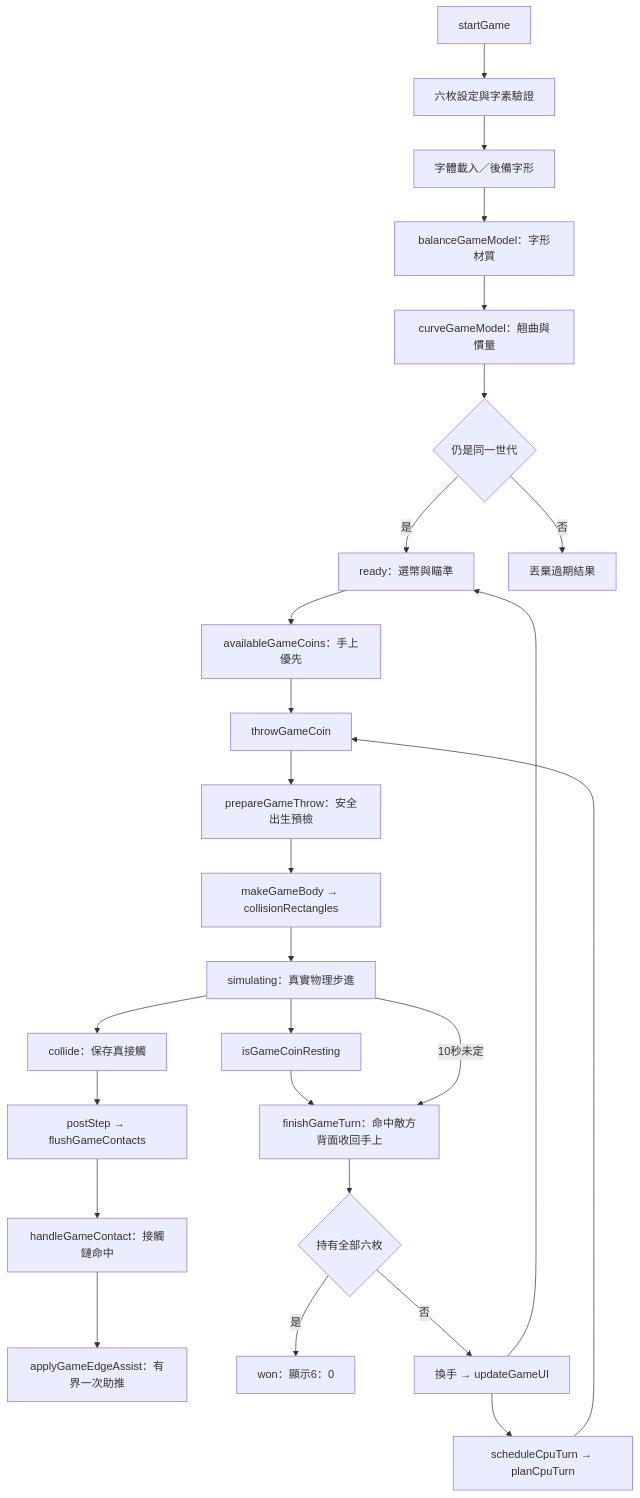
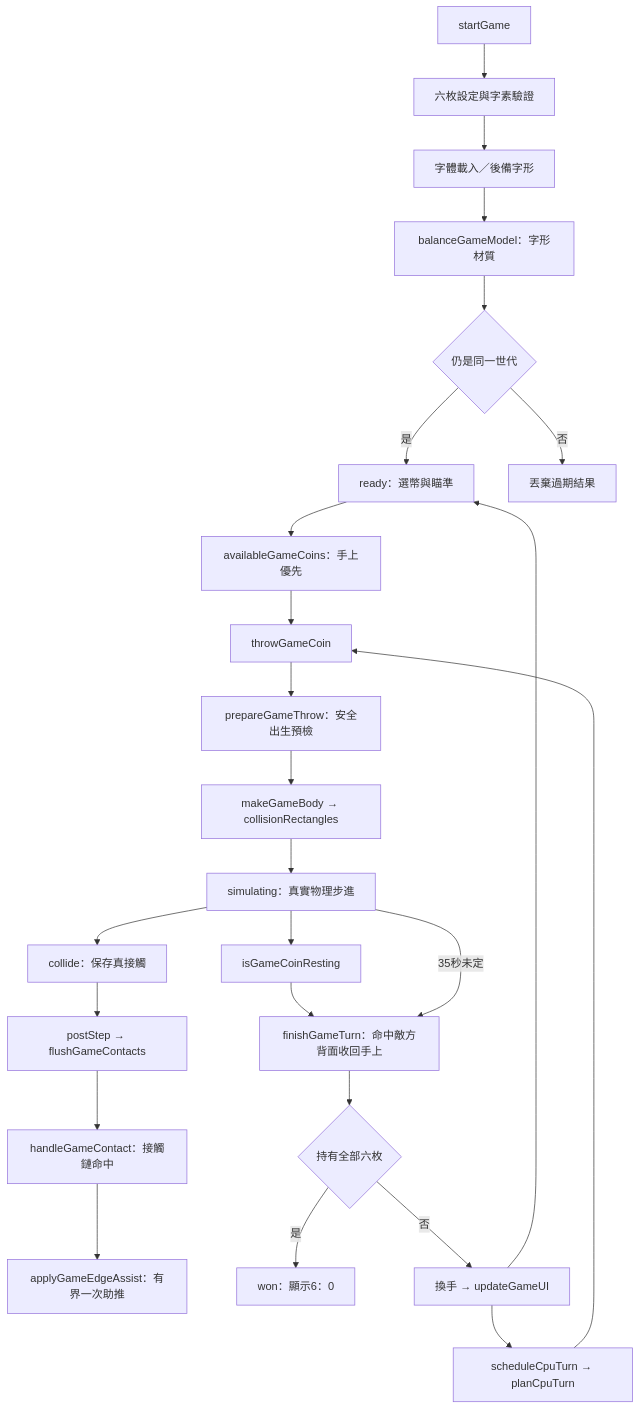
One commit to MiuDog/ong-a-piau changed the fourth of 4 diagrams in architecture.md. Above: the diagram before and after it, drawn with Mermaid. The commit also changed other lines of this file and 7 other files, not shown here.

````diff
--- a/architecture.md
+++ b/architecture.md
@@ -88,28 +88,27 @@
 ```mermaid
 flowchart TD
 	Setup[startGame] --> Validate[六枚設定與字素驗證]
 	Validate --> Font[字體載入／後備字形]
 	Font --> Material[balanceGameModel：字形材質]
-	Material --> Curve[curveGameModel：翹曲與慣量]
-	Curve --> Epoch{仍是同一世代}
+	Material --> Epoch{仍是同一世代}
 	Epoch -->|是| Ready[ready：選幣與瞄準]
 	Epoch -->|否| Ignore[丟棄過期結果]
 	Ready --> Available[availableGameCoins：手上優先]
 	Available --> Throw[throwGameCoin]
 	Throw --> Prepare[prepareGameThrow：安全出生預檢]
 	Prepare --> Shape[makeGameBody → collisionRectangles]
 	Shape --> Sim[simulating：真實物理步進]
 	Sim --> Queue[collide：保存真接觸]
 	Queue --> Flush[postStep → flushGameContacts]
 	Flush --> Hit[handleGameContact：接觸鏈命中]
 	Hit --> Edge[applyGameEdgeAssist：有界一次助推]
 	Sim --> Rest[isGameCoinResting]
 	Rest --> Capture[finishGameTurn：命中敵方背面收回手上]
 	Capture --> Count{持有全部六枚}
 	Count -->|是| Won[won：顯示6：0]
 	Count -->|否| Next[換手 → updateGameUI]
 	Next --> CPU[scheduleCpuTurn → planCpuTurn]
 	CPU --> Throw
 	Next --> Ready
-	Sim -->|10秒未定| Capture
+	Sim -->|35秒未定| Capture
 ```
````
